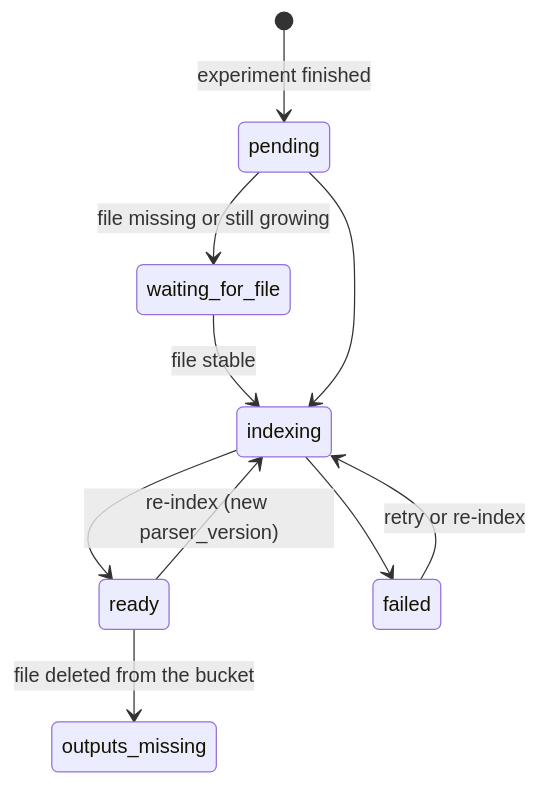
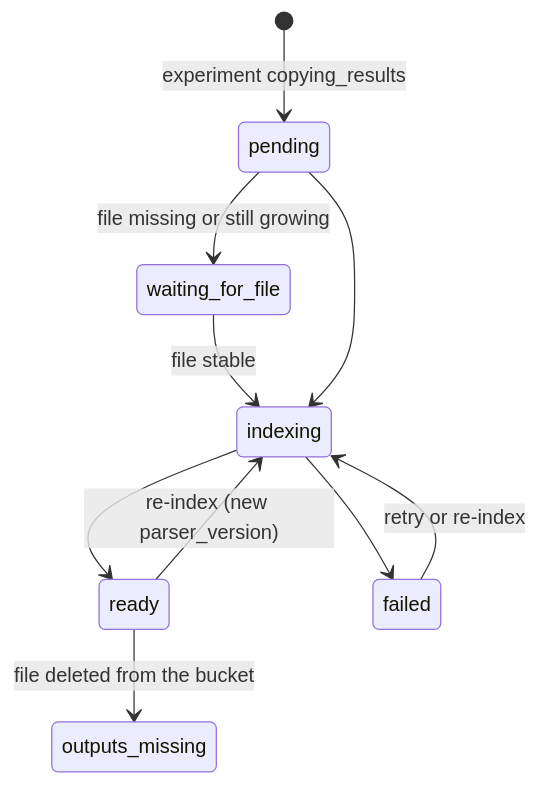
Before and after one commit to SURIMI-Project/SURIMI-modelgui: the sixth of 6 diagrams in docs/features/experiment-outputs/README.md, drawn with Mermaid. The commit also changed other lines of this file and 215 other files, not shown here.

````diff
--- a/docs/features/experiment-outputs/README.md
+++ b/docs/features/experiment-outputs/README.md
@@ -195,12 +217,12 @@
 ```mermaid
 stateDiagram-v2
-    [*] --> pending: experiment finished
+    [*] --> pending: experiment copying_results
     pending --> waiting_for_file: file missing or still growing
     waiting_for_file --> indexing: file stable
     pending --> indexing
     indexing --> ready
     indexing --> failed
     failed --> indexing: retry or re-index
     ready --> indexing: re-index (new parser_version)
     ready --> outputs_missing: file deleted from the bucket
 ```
````
